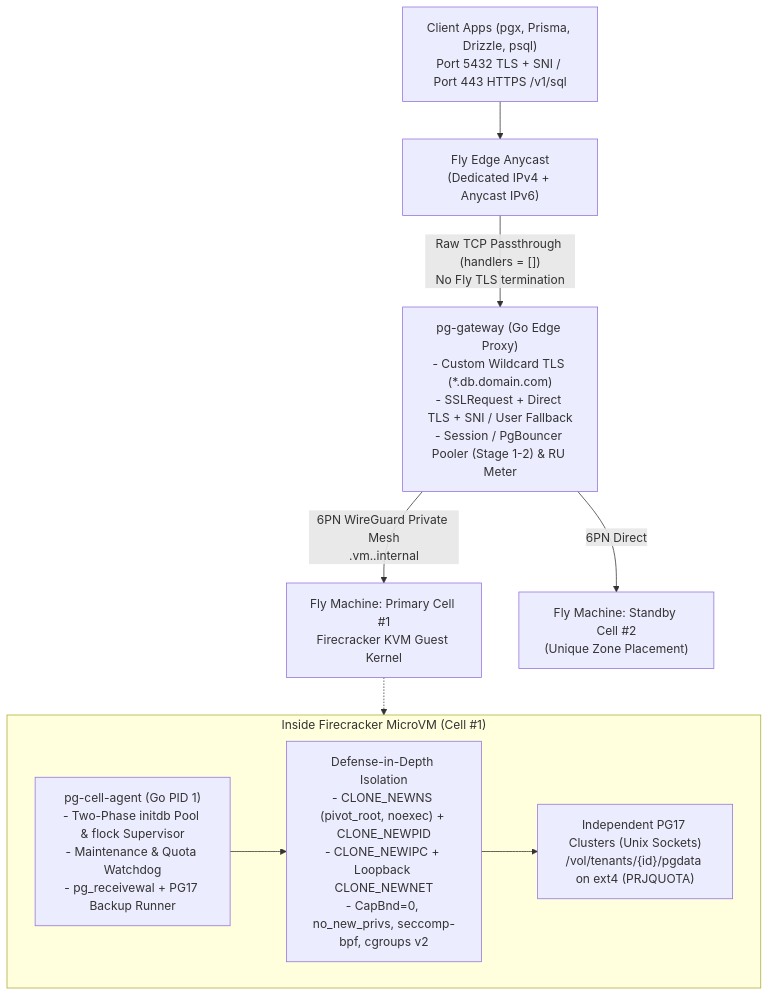
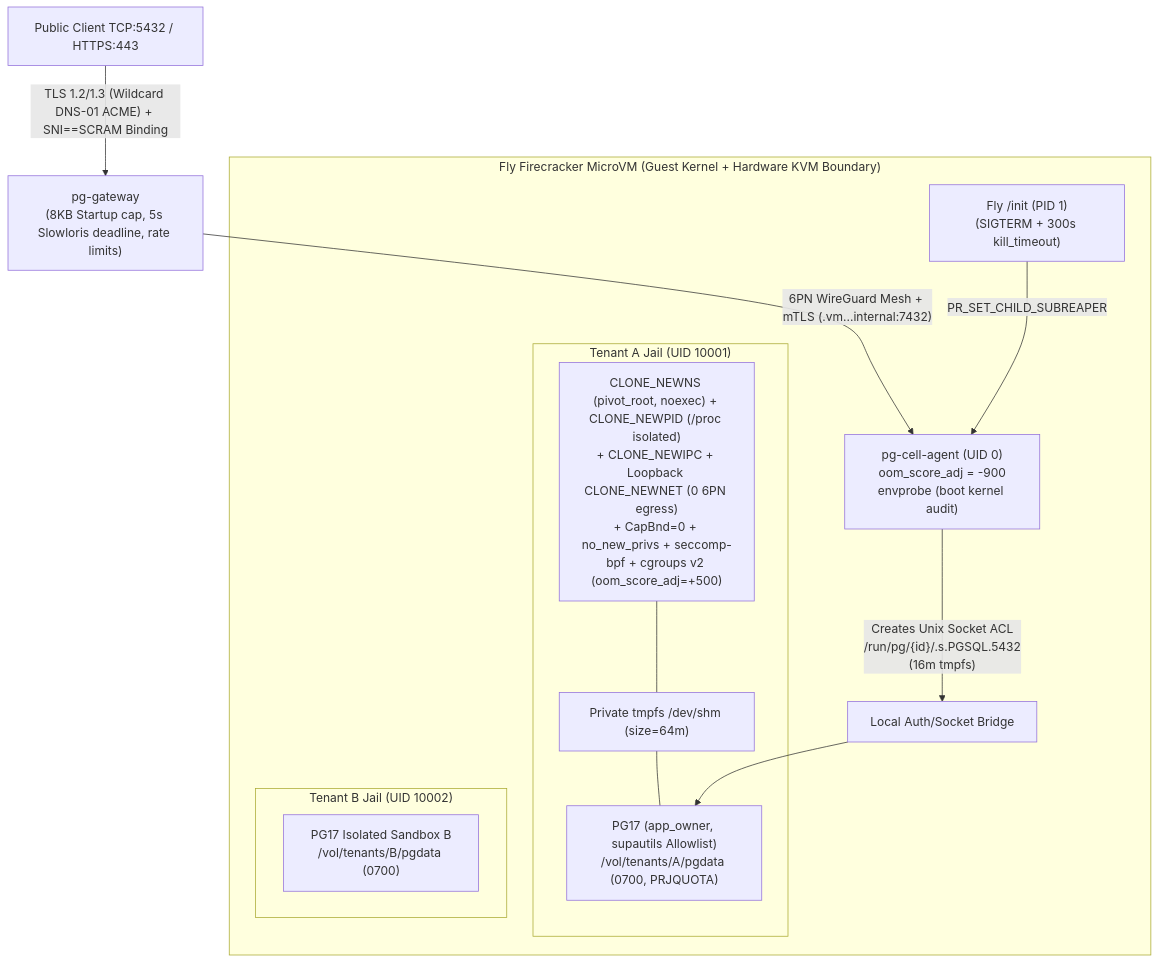
Before and after one commit to Mahadi-rsio/cloud: the fourth of 8 diagrams in experimental-db/plan.md, drawn with Mermaid. The commit also changed other lines of this file and 2 other files, not shown here.

````diff
--- a/experimental-db/plan.md
+++ b/experimental-db/plan.md
@@ -33,17 +293,23 @@
 ```mermaid
 flowchart TB
-    Client["Client Apps (pgx, Prisma, Drizzle, psql)\nPort 5432 TLS + SNI / Port 443 HTTPS /v1/sql"] --> Anycast["Fly Edge Anycast\n(Dedicated IPv4 + Anycast IPv6)"]
-    Anycast -->|"Raw TCP Passthrough (handlers = [])\nNo Fly TLS termination"| GW["pg-gateway (Go Edge Proxy)\n- Custom Wildcard TLS (*.db.domain.com)\n- SSLRequest + Direct TLS + SNI / User Fallback\n- Session / PgBouncer Pooler (Stage 1-2) & RU Meter"]
+    Internet["Public Client TCP:5432 / HTTPS:443"] -->|"TLS 1.2/1.3 (Wildcard DNS-01 ACME) + SNI==SCRAM Binding"| GW["pg-gateway\n(8KB Startup cap, 5s Slowloris deadline, rate limits)"]
+    GW -->|"6PN WireGuard Mesh + mTLS (<machine_id>.vm...internal:7432)"| Agent
 
-    GW -->|"6PN WireGuard Private Mesh\n<machine_id>.vm.<cell-app>.internal"| Cell1["Fly Machine: Primary Cell #1\nFirecracker KVM Guest Kernel"]
-    GW -->|"6PN Direct"| Cell2["Fly Machine: Standby Cell #2\n(Unique Zone Placement)"]
+    subgraph VM["Fly Firecracker MicroVM (Guest Kernel + Hardware KVM Boundary)"]
+        Init["Fly /init (PID 1)\n(SIGTERM + 300s kill_timeout)"] -->|"PR_SET_CHILD_SUBREAPER"| Agent["pg-cell-agent (UID 0)\noom_score_adj = -900\nenvprobe (boot kernel audit)"]
+        Agent -->|"Creates Unix Socket ACL\n/run/pg/{id}/.s.PGSQL.5432\n(16m tmpfs)"| Bridge["Local Auth/Socket Bridge"]
 
-    subgraph InsideCell["Inside Firecracker MicroVM (Cell #1)"]
-        Agent["pg-cell-agent (Go PID 1)\n- Two-Phase initdb Pool & flock Supervisor\n- Maintenance & Quota Watchdog\n- pg_receivewal + PG17 Backup Runner"]
-        Iso["Defense-in-Depth Isolation\n- CLONE_NEWNS (pivot_root, noexec) + CLONE_NEWPID\n- CLONE_NEWIPC + Loopback CLONE_NEWNET\n- CapBnd=0, no_new_privs, seccomp-bpf, cgroups v2"]
-        PGs["Independent PG17 Clusters (Unix Sockets)\n/vol/tenants/{id}/pgdata on ext4 (PRJQUOTA)"]
-        Agent --> Iso --> PGs
+        subgraph SandboxA["Tenant A Jail (UID 10001)"]
+            NS_A["CLONE_NEWNS (pivot_root, noexec) + CLONE_NEWPID (/proc isolated)\n+ CLONE_NEWIPC + Loopback CLONE_NEWNET (0 6PN egress)\n+ CapBnd=0 + no_new_privs + seccomp-bpf + cgroups v2 (oom_score_adj=+500)"]
+            SHM_A["Private tmpfs /dev/shm (size=64m)"]
+            PGA["PG17 (app_owner, supautils Allowlist)\n/vol/tenants/A/pgdata (0700, PRJQUOTA)"]
+            NS_A --- SHM_A --- PGA
+        end
+
+        subgraph SandboxB["Tenant B Jail (UID 10002)"]
+            PGB["PG17 Isolated Sandbox B\n/vol/tenants/B/pgdata (0700)"]
+        end
+
+        Bridge --> PGA
     end
-
-    Cell1 -.-> InsideCell
 ```
````
